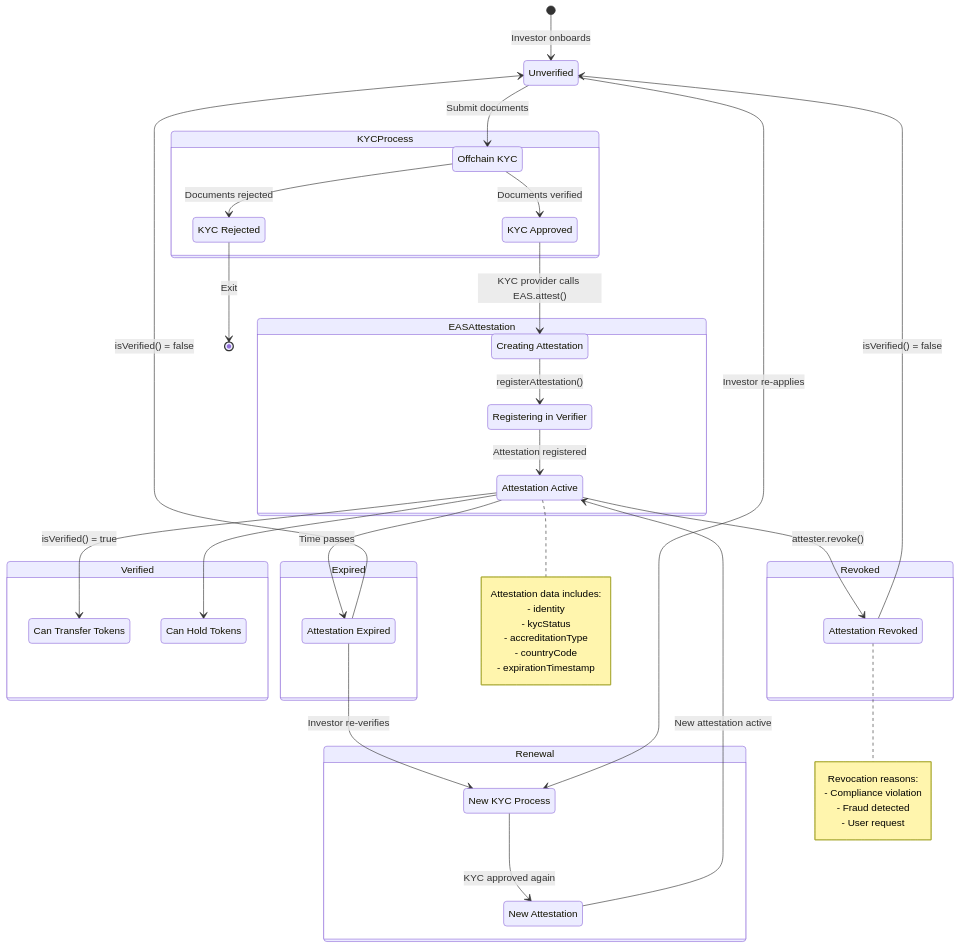
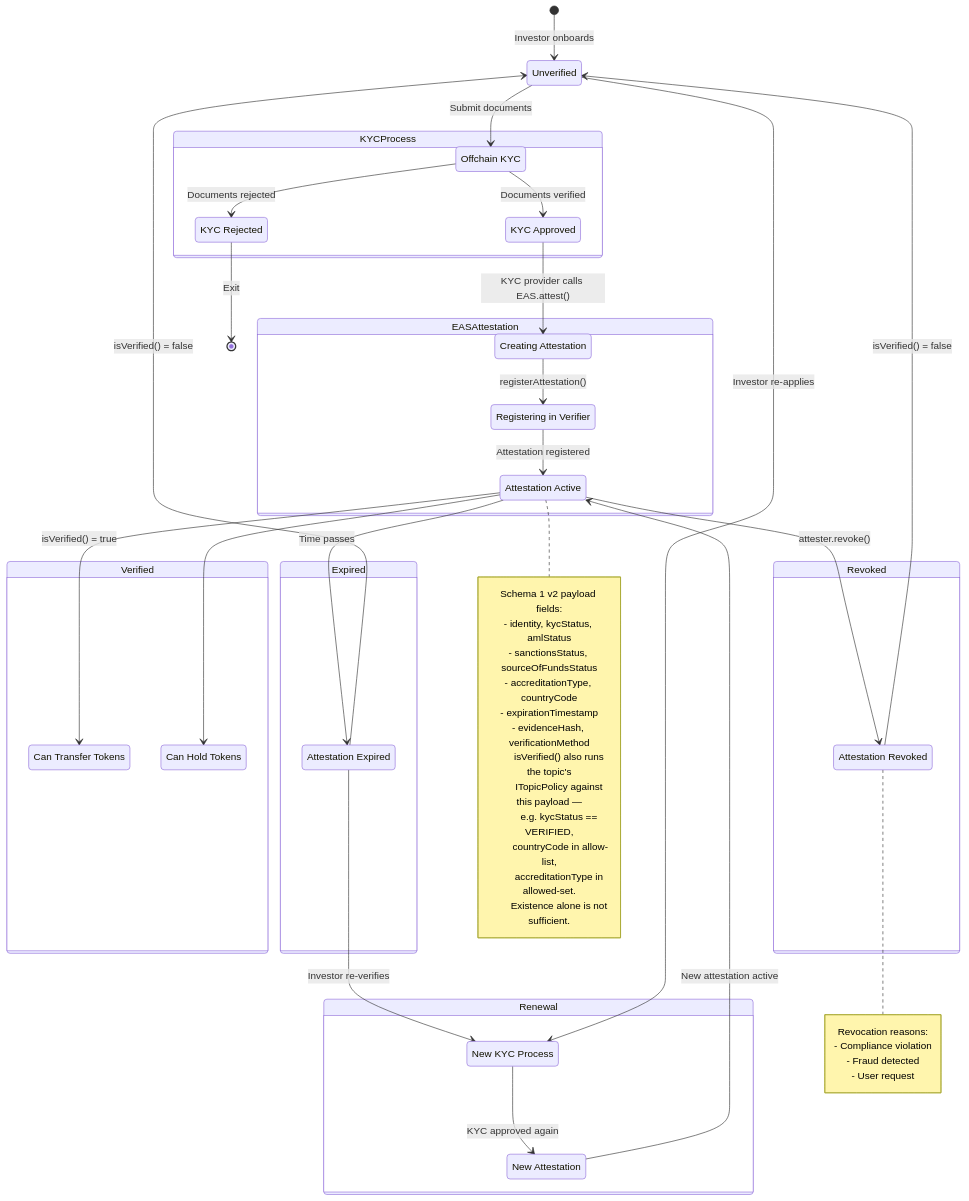
One commit to EntEthAlliance/rnd-rwa-erc3643-eas changed the diagram in diagrams/attestation-lifecycle.mmd. Above: the diagram before and after it, drawn with Mermaid. The commit also changed 12 other files, not shown here.

First line of the commit message:
docs(diagrams): refresh to match v0.4 architecture

```diff
--- a/diagrams/attestation-lifecycle.mmd
+++ b/diagrams/attestation-lifecycle.mmd
@@ -1,72 +1,79 @@
 stateDiagram-v2
     [*] --> Unverified: Investor onboards
 
     state KYCProcess {
         OffchainKYC: Offchain KYC
         KYCApproved: KYC Approved
         KYCRejected: KYC Rejected
     }
 
     Unverified --> OffchainKYC: Submit documents
     OffchainKYC --> KYCApproved: Documents verified
     OffchainKYC --> KYCRejected: Documents rejected
 
     state EASAttestation {
         Creating: Creating Attestation
         Registering: Registering in Verifier
         Active: Attestation Active
     }
 
     KYCApproved --> Creating: KYC provider calls EAS.attest()
     Creating --> Registering: registerAttestation()
     Registering --> Active: Attestation registered
 
     state Verified {
         CanTransfer: Can Transfer Tokens
         CanHold: Can Hold Tokens
     }
 
     Active --> CanTransfer: isVerified() = true
     Active --> CanHold
 
     state Revoked {
         AttestationRevoked: Attestation Revoked
     }
 
     Active --> AttestationRevoked: attester.revoke()
     AttestationRevoked --> Unverified: isVerified() = false
 
     state Expired {
         AttestationExpired: Attestation Expired
     }
 
     Active --> AttestationExpired: Time passes
     AttestationExpired --> Unverified: isVerified() = false
 
     state Renewal {
         NewKYC: New KYC Process
         NewAttestation: New Attestation
     }
 
     AttestationExpired --> NewKYC: Investor re-verifies
     Unverified --> NewKYC: Investor re-applies
     NewKYC --> NewAttestation: KYC approved again
     NewAttestation --> Active: New attestation active
 
     KYCRejected --> [*]: Exit
 
     note right of Active
-        Attestation data includes:
-        - identity
-        - kycStatus
-        - accreditationType
-        - countryCode
+        Schema 1 v2 payload fields:
+        - identity, kycStatus, amlStatus
+        - sanctionsStatus, sourceOfFundsStatus
+        - accreditationType, countryCode
         - expirationTimestamp
+        - evidenceHash, verificationMethod
+
+        isVerified() also runs the topic's
+        ITopicPolicy against this payload —
+        e.g. kycStatus == VERIFIED,
+        countryCode in allow-list,
+        accreditationType in allowed-set.
+        Existence alone is not sufficient.
     end note
 
     note right of AttestationRevoked
         Revocation reasons:
         - Compliance violation
         - Fraud detected
         - User request
     end note
```
